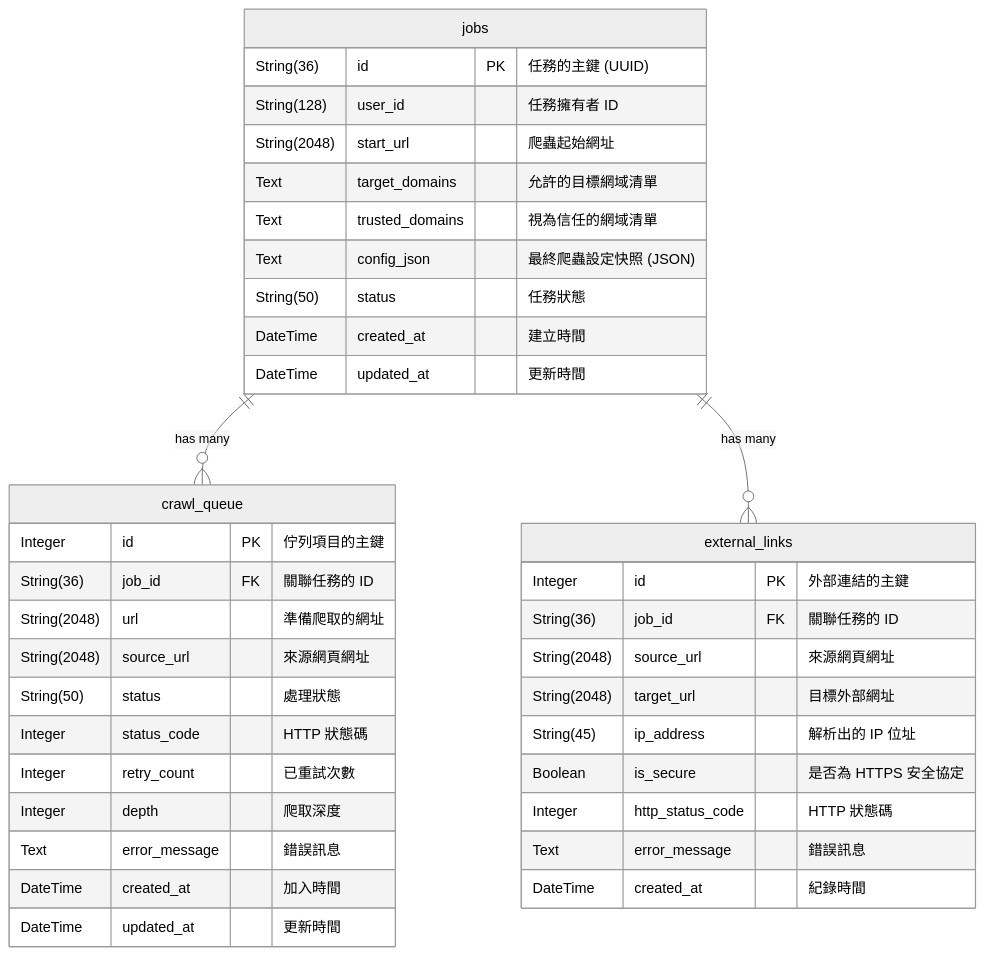
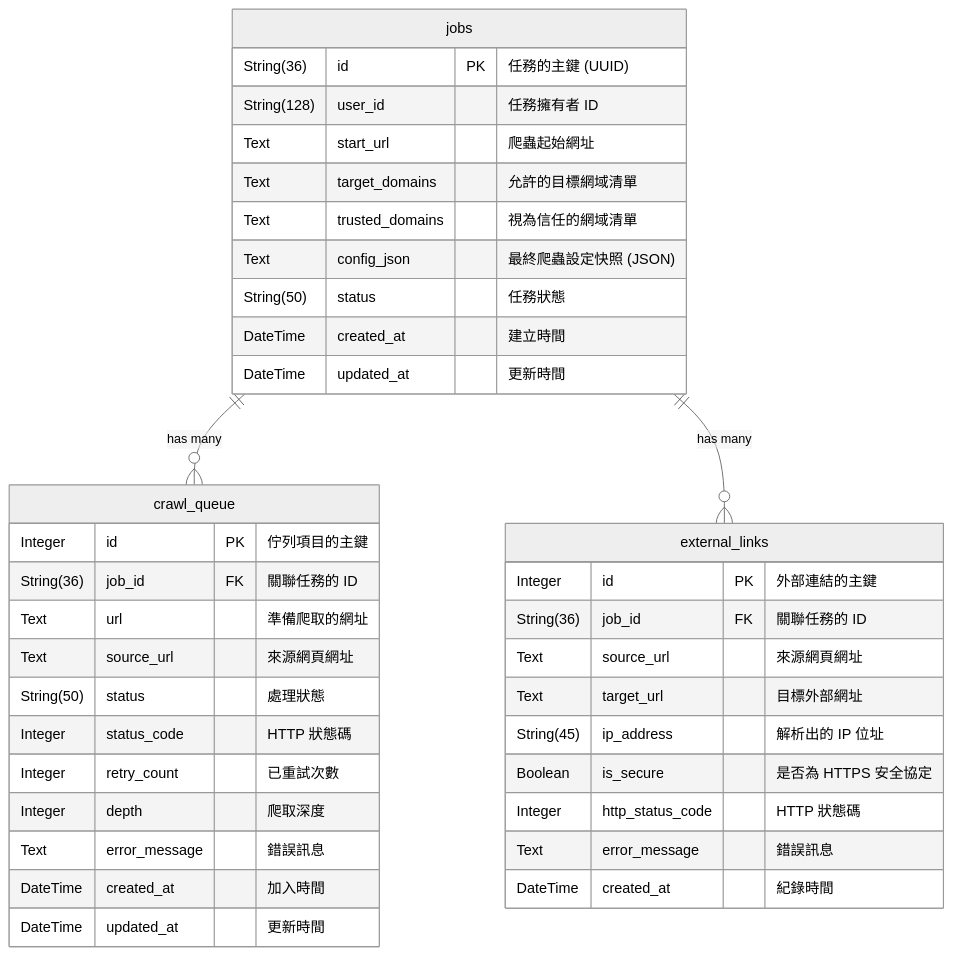
The second of 2 diagrams in doc/db_schema.md (mfhsieh/link-checker), drawn with Mermaid (neutral theme) before and after one commit. The commit also changed other lines of this file and 1 other file, not shown here.

````diff
--- a/doc/db_schema.md
+++ b/doc/db_schema.md
@@ -151,43 +151,43 @@
 ```mermaid
 erDiagram
     jobs ||--o{ crawl_queue : "has many"
     jobs ||--o{ external_links : "has many"
 
     jobs {
         String(36) id PK "任務的主鍵 (UUID)"
         String(128) user_id "任務擁有者 ID"
-        String(2048) start_url "爬蟲起始網址"
+        Text start_url "爬蟲起始網址"
         Text target_domains "允許的目標網域清單"
         Text trusted_domains "視為信任的網域清單"
         Text config_json "最終爬蟲設定快照 (JSON)"
         String(50) status "任務狀態"
         DateTime created_at "建立時間"
         DateTime updated_at "更新時間"
     }
 
     crawl_queue {
         Integer id PK "佇列項目的主鍵"
         String(36) job_id FK "關聯任務的 ID"
-        String(2048) url "準備爬取的網址"
-        String(2048) source_url "來源網頁網址"
+        Text url "準備爬取的網址"
+        Text source_url "來源網頁網址"
         String(50) status "處理狀態"
         Integer status_code "HTTP 狀態碼"
         Integer retry_count "已重試次數"
         Integer depth "爬取深度"
         Text error_message "錯誤訊息"
         DateTime created_at "加入時間"
         DateTime updated_at "更新時間"
     }
 
     external_links {
         Integer id PK "外部連結的主鍵"
         String(36) job_id FK "關聯任務的 ID"
-        String(2048) source_url "來源網頁網址"
-        String(2048) target_url "目標外部網址"
+        Text source_url "來源網頁網址"
+        Text target_url "目標外部網址"
         String(45) ip_address "解析出的 IP 位址"
         Boolean is_secure "是否為 HTTPS 安全協定"
         Integer http_status_code "HTTP 狀態碼"
         Text error_message "錯誤訊息"
         DateTime created_at "紀錄時間"
     }
 ```
````
